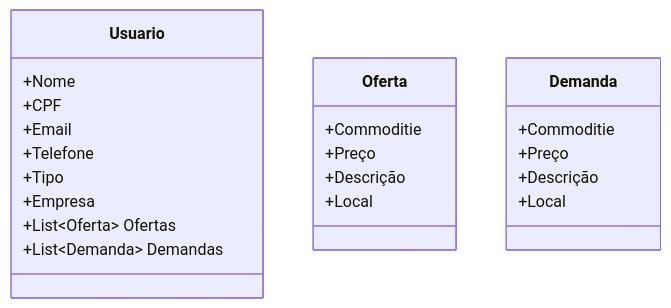
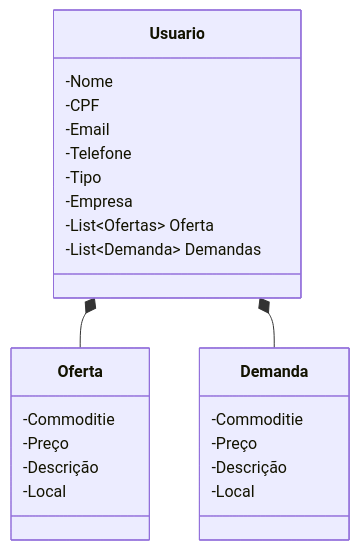
One commit to led-21/grainbroker changed the diagram in README.md. Above: the diagram before and after it, drawn with Mermaid.

````diff
--- a/README.md
+++ b/README.md
@@ -3,19 +3,21 @@
 ```mermaid
 classDiagram
-    Usuario : +Nome
-    Usuario : +CPF
-    Usuario : +Email
-    Usuario : +Telefone
-    Usuario : +Tipo
-    Usuario : +Empresa
-    Usuario : +List~Oferta~ Ofertas
-    Usuario : +List~Demanda~ Demandas
-    Oferta : +Commoditie
-    Oferta : +Preço
-    Oferta : +Descrição
-    Oferta : +Local
-    Demanda : +Commoditie
-    Demanda : +Preço
-    Demanda : +Descrição
-    Demanda : +Local
+    Usuario : -Nome
+    Usuario : -CPF
+    Usuario : -Email
+    Usuario : -Telefone
+    Usuario : -Tipo
+    Usuario : -Empresa
+    Usuario : -List~Ofertas~ Oferta
+    Usuario : -List~Demanda~ Demandas
+    Usuario *-- Oferta
+    Usuario *-- Demanda
+    Oferta : -Commoditie
+    Oferta : -Preço
+    Oferta : -Descrição
+    Oferta : -Local
+    Demanda : -Commoditie
+    Demanda : -Preço
+    Demanda : -Descrição
+    Demanda : -Local
 ```
````
